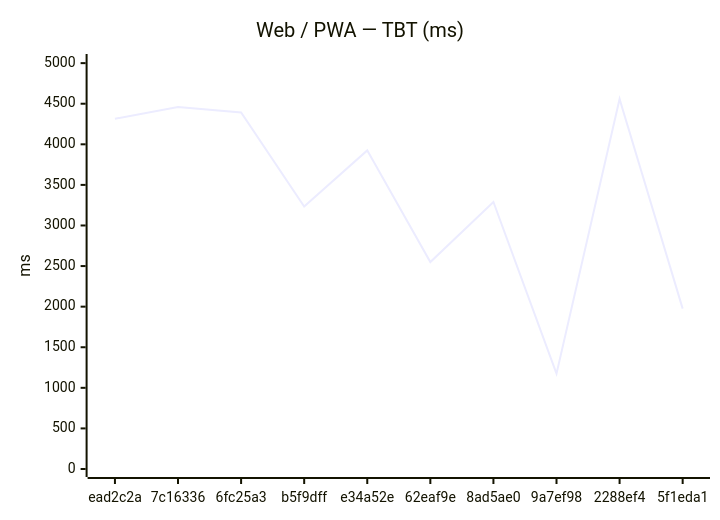
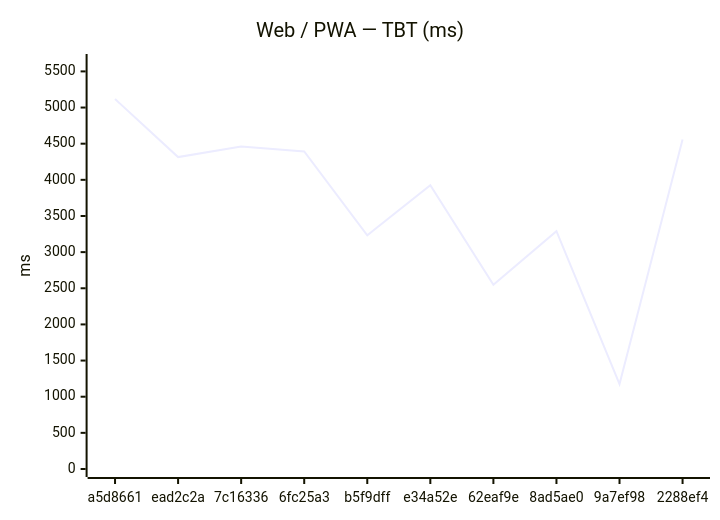
Before and after one commit to Metaheurist/Rianell: the second of 12 diagrams in benchmarks/compare.md, drawn with Mermaid. The commit also changed other lines of this file and 8 other files, not shown here.

````diff
--- a/benchmarks/compare.md
+++ b/benchmarks/compare.md
@@ -31,7 +31,7 @@
 ```mermaid
 xychart-beta
     title "Web / PWA — TBT (ms)"
-    x-axis ["ead2c2a", "7c16336", "6fc25a3", "b5f9dff", "e34a52e", "62eaf9e", "8ad5ae0", "9a7ef98", "2288ef4", "5f1eda1"]
-    y-axis "ms" 0 --> 5014
-    line [4315, 4460, 4393, 3233, 3925, 2549, 3289, 1175, 4558, 1976]
+    x-axis ["a5d8661", "ead2c2a", "7c16336", "6fc25a3", "b5f9dff", "e34a52e", "62eaf9e", "8ad5ae0", "9a7ef98", "2288ef4"]
+    y-axis "ms" 0 --> 5630
+    line [5118, 4315, 4460, 4393, 3233, 3925, 2549, 3289, 1175, 4558]
 ```
````
